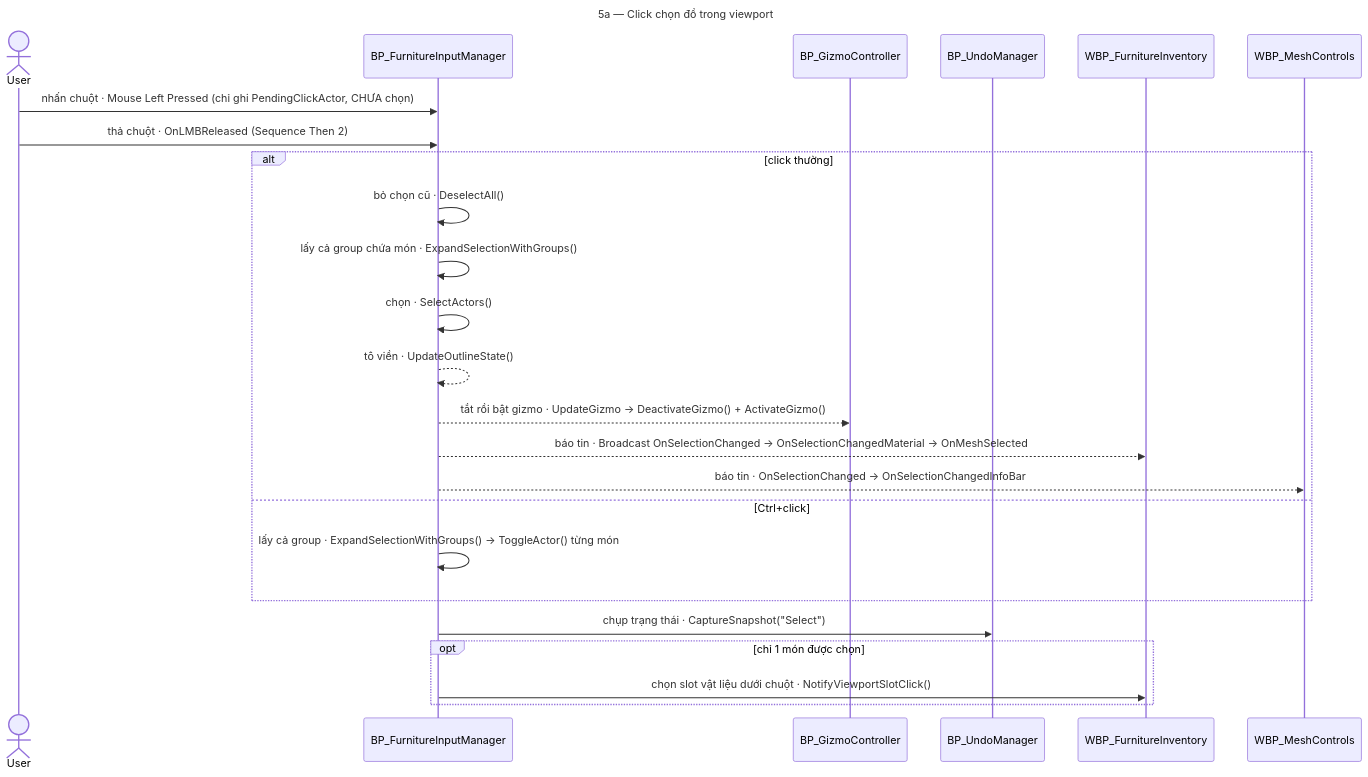
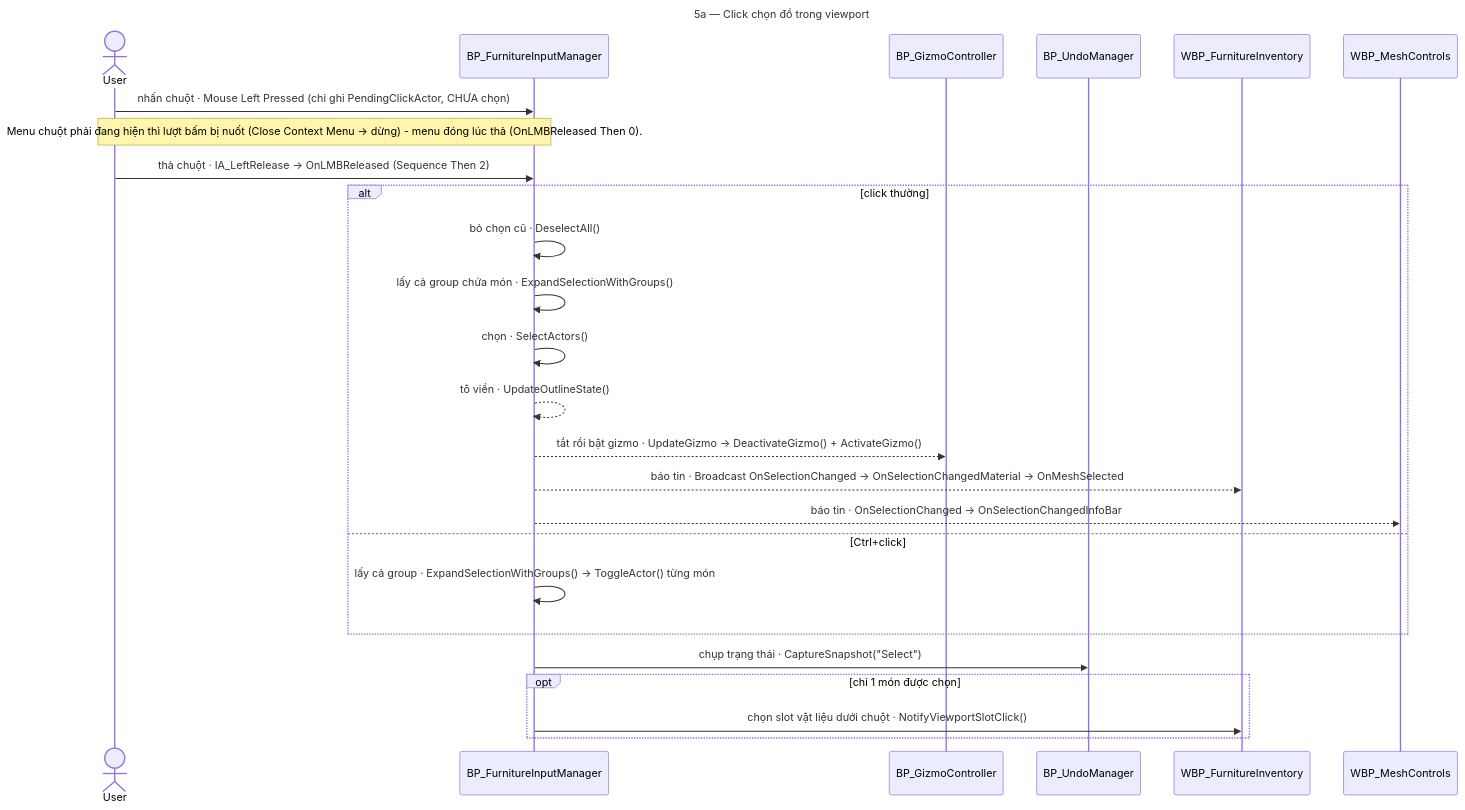
Before and after one commit to olivercu04/UE5_InteriorTool_Docs: the seventh of 26 diagrams in docs/00_Core/Architecture_Map.md, drawn with Mermaid. The commit also changed other lines of this file and 37 other files, not shown here.

````diff
--- a/docs/00_Core/Architecture_Map.md
+++ b/docs/00_Core/Architecture_Map.md
@@ -873,29 +894,30 @@
 ```mermaid
 ---
 title: "5a — Click chọn đồ trong viewport"
 ---
 sequenceDiagram
   actor U as User
   participant IM as BP_FurnitureInputManager
   participant GZ as BP_GizmoController
   participant UM as BP_UndoManager
   participant INV as WBP_FurnitureInventory
   participant MC as WBP_MeshControls
   U->>IM: nhấn chuột · Mouse Left Pressed (chỉ ghi PendingClickActor, CHƯA chọn)
-  U->>IM: thả chuột · OnLMBReleased (Sequence Then 2)
+  Note over U,IM: Menu chuột phải đang hiện thì lượt bấm bị nuốt (Close Context Menu → dừng) - menu đóng lúc thả (OnLMBReleased Then 0).
+  U->>IM: thả chuột · IA_LeftRelease → OnLMBReleased (Sequence Then 2)
   alt click thường
     IM->>IM: bỏ chọn cũ · DeselectAll()
     IM->>IM: lấy cả group chứa món · ExpandSelectionWithGroups()
     IM->>IM: chọn · SelectActors()
     IM-->>IM: tô viền · UpdateOutlineState()
     IM-->>GZ: tắt rồi bật gizmo · UpdateGizmo → DeactivateGizmo() + ActivateGizmo()
     IM-->>INV: báo tin · Broadcast OnSelectionChanged → OnSelectionChangedMaterial → OnMeshSelected
     IM-->>MC: báo tin · OnSelectionChanged → OnSelectionChangedInfoBar
   else Ctrl+click
     IM->>IM: lấy cả group · ExpandSelectionWithGroups() → ToggleActor() từng món
   end
   IM->>UM: chụp trạng thái · CaptureSnapshot("Select")
   opt chỉ 1 món được chọn
     IM->>INV: chọn slot vật liệu dưới chuột · NotifyViewportSlotClick()
   end
 ```
````
